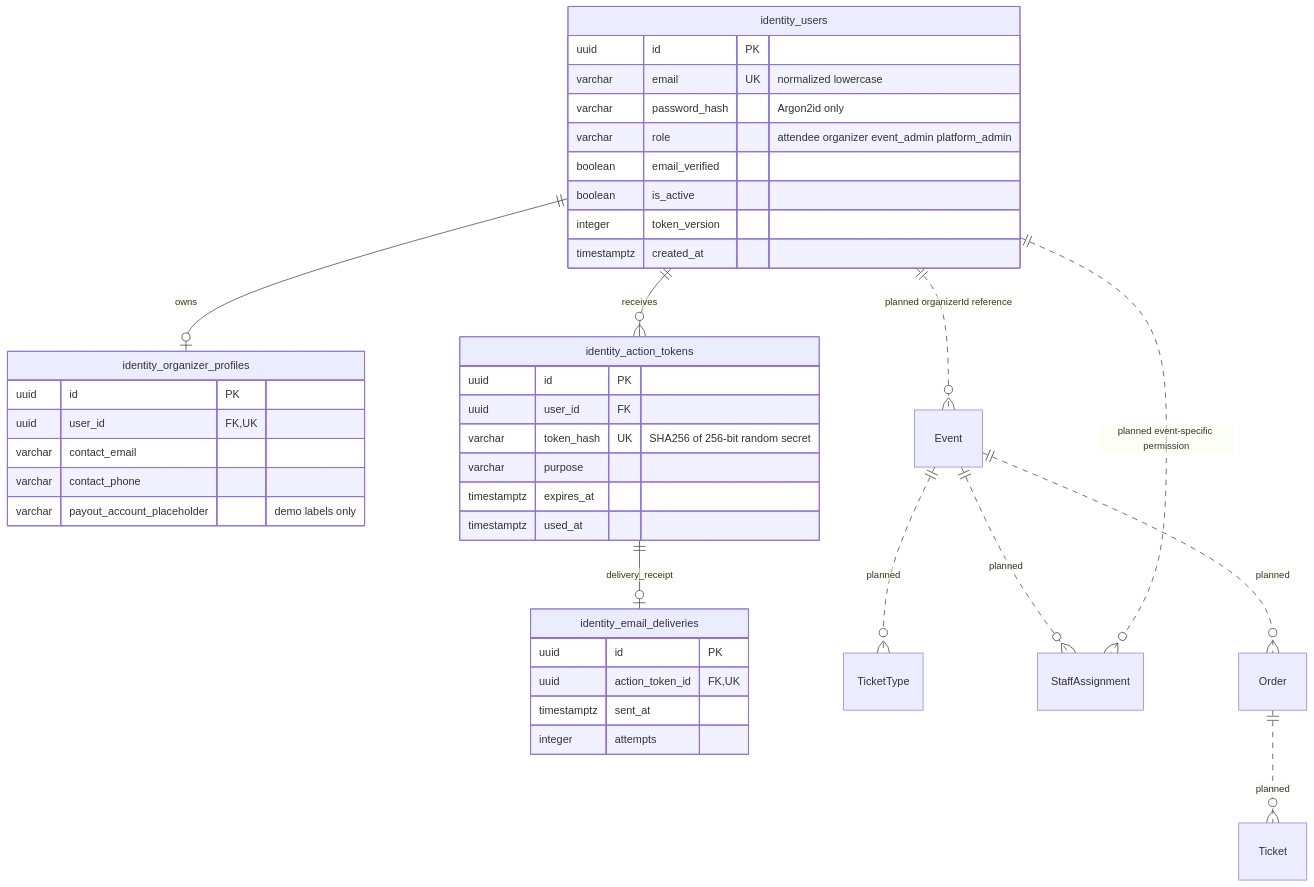
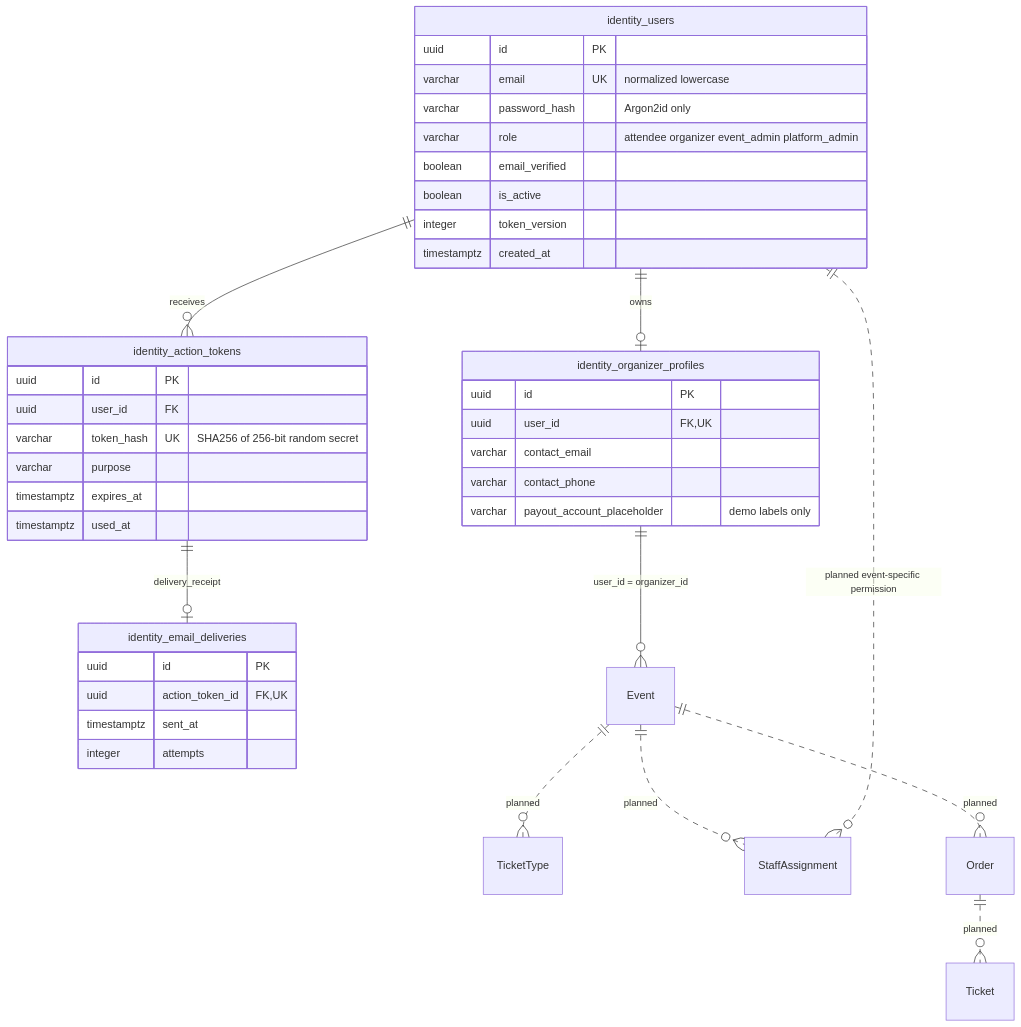
Before and after one commit to Nurgissa-A/SWE: the first of 2 diagrams in docs/erd.md, drawn with Mermaid. The commit also changed other lines of this file and 34 other files, not shown here.

````diff
--- a/docs/erd.md
+++ b/docs/erd.md
@@ -5,43 +5,43 @@
 ```mermaid
 erDiagram
   identity_users ||--o| identity_organizer_profiles : owns
   identity_users ||--o{ identity_action_tokens : receives
   identity_action_tokens ||--o| identity_email_deliveries : delivery_receipt
-  identity_users ||..o{ Event : "planned organizerId reference"
+  identity_organizer_profiles ||--o{ Event : "user_id = organizer_id"
   Event ||..o{ TicketType : planned
   Event ||..o{ StaffAssignment : planned
   identity_users ||..o{ StaffAssignment : "planned event-specific permission"
   Event ||..o{ Order : planned
   Order ||..o{ Ticket : planned
   identity_users {
     uuid id PK
     varchar email UK "normalized lowercase"
     varchar password_hash "Argon2id only"
     varchar role "attendee organizer event_admin platform_admin"
     boolean email_verified
     boolean is_active
     integer token_version
     timestamptz created_at
   }
   identity_organizer_profiles {
     uuid id PK
     uuid user_id FK,UK
     varchar contact_email
     varchar contact_phone
     varchar payout_account_placeholder "demo labels only"
   }
   identity_action_tokens {
     uuid id PK
     uuid user_id FK
     varchar token_hash UK "SHA256 of 256-bit random secret"
     varchar purpose
     timestamptz expires_at
     timestamptz used_at
   }
   identity_email_deliveries {
     uuid id PK
     uuid action_token_id FK,UK
     timestamptz sent_at
     integer attempts
   }
 ```
````
